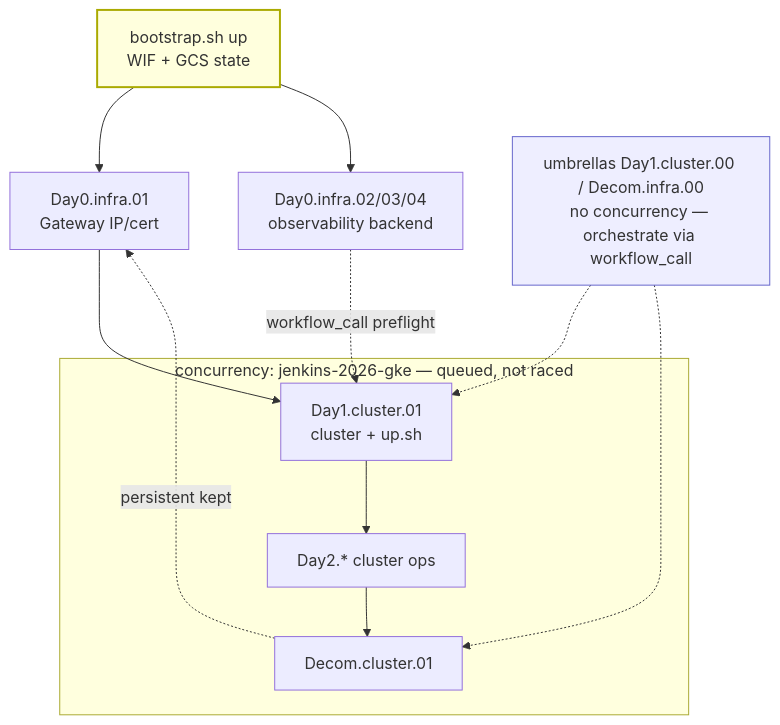
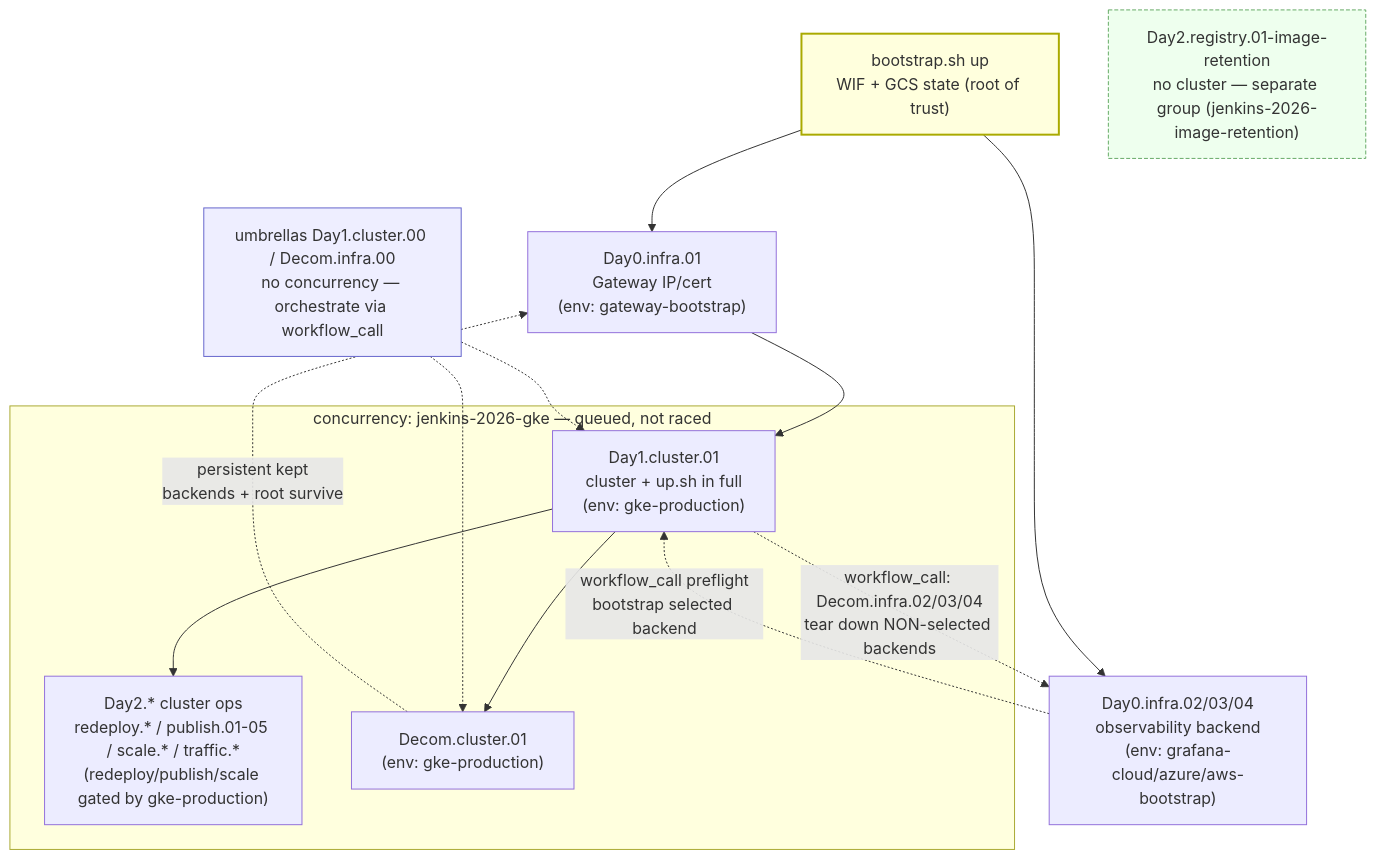
The sixth of 10 diagrams in docs/101-GITHUB_ACTIONS_WORKFLOWS.md (nubenetes/jenkins-2026), drawn with Mermaid before and after one commit. The commit also changed other lines of this file, not shown here.

First line of the commit message:
docs(101): audit + fix all 6 Mermaid diagrams and add 4 new collapsible ones

````diff
--- a/docs/101-GITHUB_ACTIONS_WORKFLOWS.md
+++ b/docs/101-GITHUB_ACTIONS_WORKFLOWS.md
@@ -269,22 +383,26 @@
 ```mermaid
 flowchart TD
-    boot["bootstrap.sh up<br/>WIF + GCS state"]:::root
-    gw["Day0.infra.01<br/>Gateway IP/cert"]
-    bk["Day0.infra.02/03/04<br/>observability backend"]
+    boot["bootstrap.sh up<br/>WIF + GCS state (root of trust)"]:::root
+    gw["Day0.infra.01<br/>Gateway IP/cert<br/>(env: gateway-bootstrap)"]
+    bk["Day0.infra.02/03/04<br/>observability backend<br/>(env: grafana-cloud/azure/aws-bootstrap)"]
     boot --> gw
     boot --> bk
     gw --> day1
-    bk -.->|workflow_call preflight| day1
+    bk -.->|workflow_call preflight<br/>bootstrap selected backend| day1
     subgraph cc["concurrency: jenkins-2026-gke — queued, not raced"]
-        day1["Day1.cluster.01<br/>cluster + up.sh"]
-        d2["Day2.* cluster ops"]
-        decom["Decom.cluster.01"]
+        day1["Day1.cluster.01<br/>cluster + up.sh in full<br/>(env: gke-production)"]
+        d2["Day2.* cluster ops<br/>redeploy.* / publish.01-05 / scale.* / traffic.*<br/>(redeploy/publish/scale gated by gke-production)"]
+        decom["Decom.cluster.01<br/>(env: gke-production)"]
     end
-    day1 --> d2 --> decom
-    decom -.->|persistent kept| gw
+    day1 --> d2
+    day1 --> decom
+    day1 -.->|workflow_call: Decom.infra.02/03/04<br/>tear down NON-selected backends| bk
+    decom -.->|persistent kept<br/>backends + root survive| gw
+    nocc["Day2.registry.01-image-retention<br/>no cluster — separate group (jenkins-2026-image-retention)"]:::nocc
     umb["umbrellas Day1.cluster.00 / Decom.infra.00<br/>no concurrency — orchestrate via workflow_call"]:::umb
     umb -.-> day1
     umb -.-> decom
     classDef root fill:#ffd,stroke:#aa0,stroke-width:2px;
     classDef umb fill:#eef,stroke:#66c;
+    classDef nocc fill:#efe,stroke:#6a6,stroke-dasharray:4 2;
 ```
````
